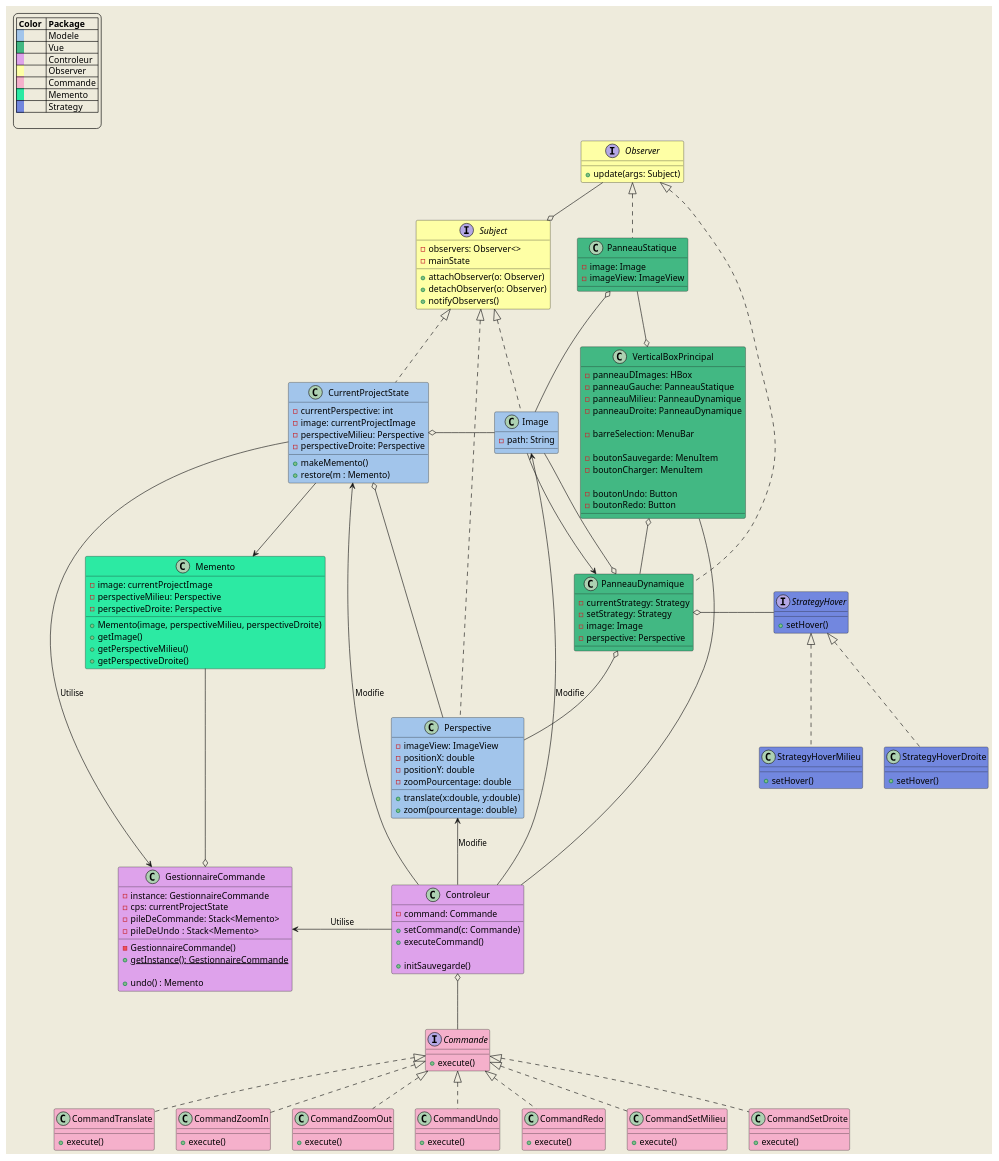
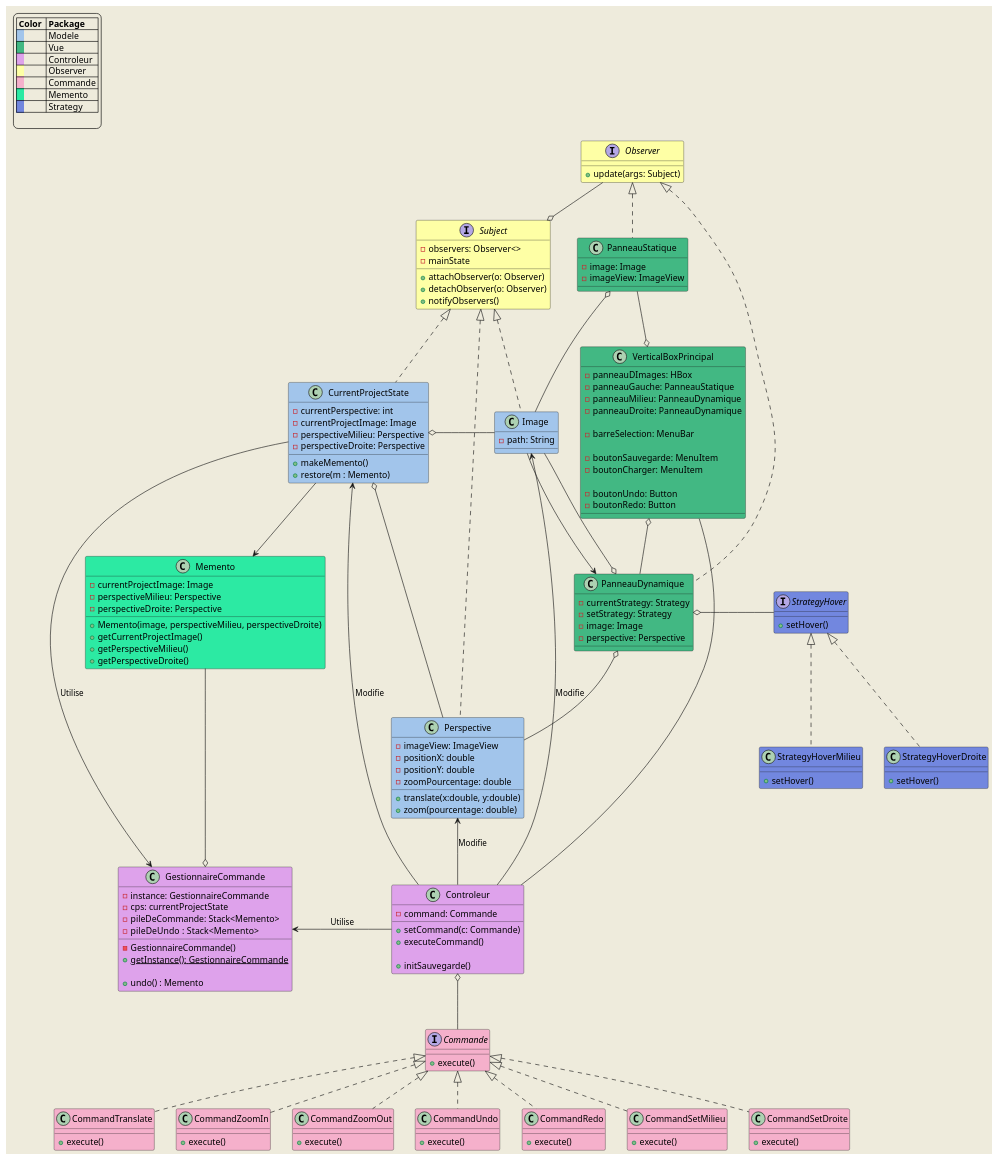
Before and after one commit to VelaSam/PerspectivePro: the diagram in src/diagrammes/diagramme_de_classe_global.puml, drawn with PlantUML. The commit also changed 6 other files, not shown here.

```diff
--- a/src/diagrammes/diagramme_de_classe_global.puml
+++ b/src/diagrammes/diagramme_de_classe_global.puml
@@ -105,14 +105,14 @@
         '{static}+PERSPECTIVE_CENTRE
         '{static}+PERSPECTIVE_DROITE
 
-        -image: currentProjectImage
+        -currentProjectImage: Image
         -perspectiveMilieu: Perspective
         -perspectiveDroite: Perspective
 
         'Constructeur'
         +Memento(image, perspectiveMilieu, perspectiveDroite)
         'Getters du memento'
-        +getImage()
+        +getCurrentProjectImage()
         +getPerspectiveMilieu()
         +getPerspectiveDroite()
     }
@@ -125,7 +125,7 @@
     class CurrentProjectState #a2c5eb implements Subject {
 
         -currentPerspective: int
-        -image: currentProjectImage
+        -currentProjectImage: Image
         -perspectiveMilieu: Perspective
         -perspectiveDroite: Perspective
 
```
